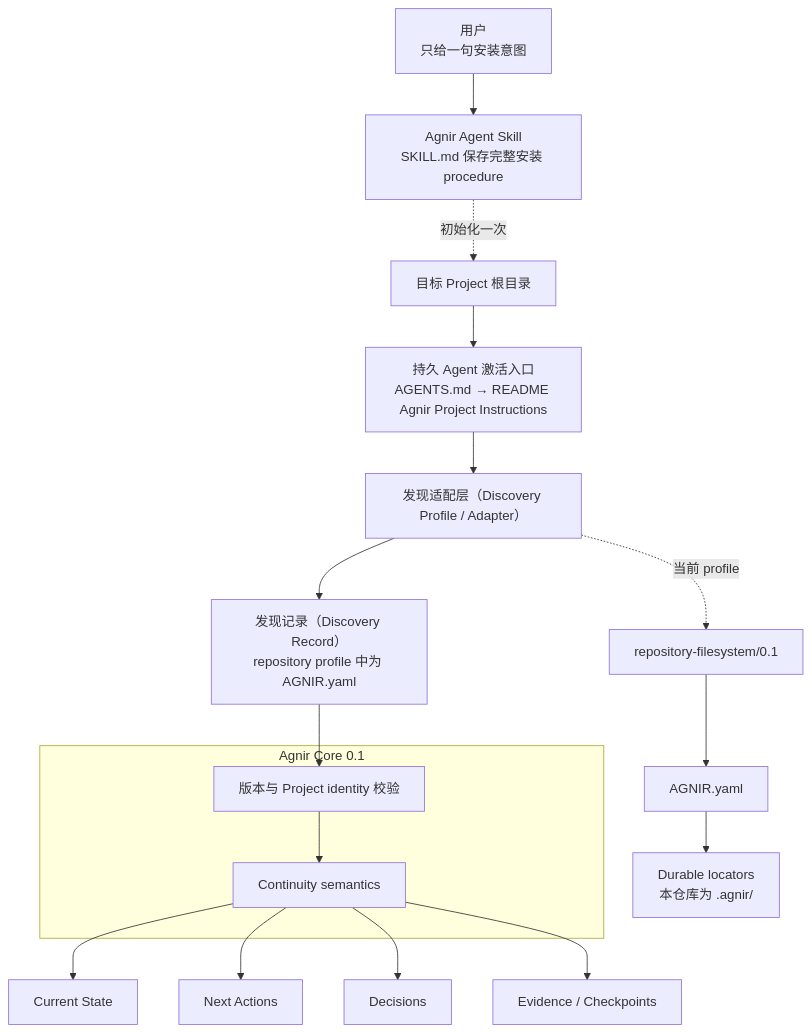
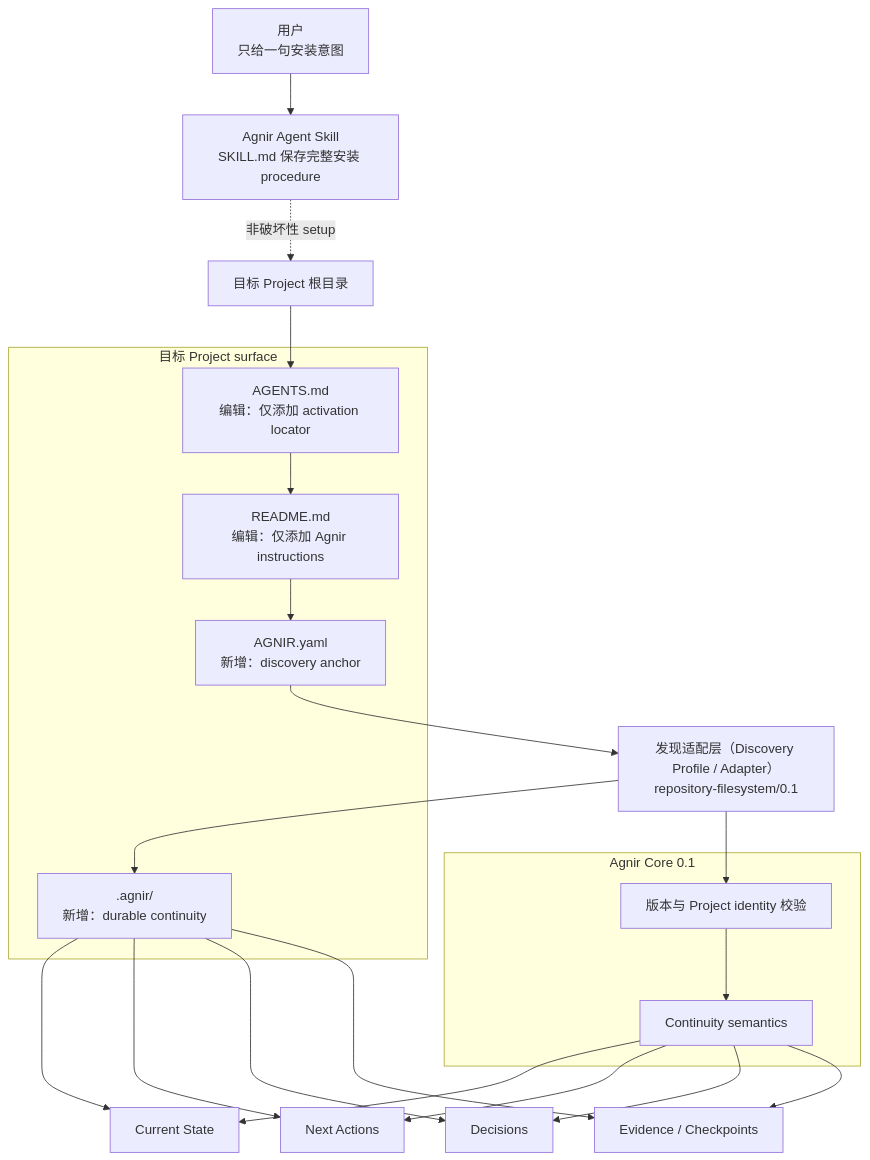
One commit to iorLab/agnir changed the first of 2 diagrams in README.zh-CN.md. Above: the diagram before and after it, drawn with Mermaid. The commit also changed other lines of this file and 3 other files, not shown here.

Commit message:
docs: align architecture diagram with non-destructive setup

````diff
--- a/README.zh-CN.md
+++ b/README.zh-CN.md
@@ -83,25 +83,33 @@
 ```mermaid
 flowchart TB
     U["用户<br/>只给一句安装意图"] --> K["Agnir Agent Skill<br/>SKILL.md 保存完整安装 procedure"]
-    K -. "初始化一次" .-> P["目标 Project 根目录"]
+    K -. "非破坏性 setup" .-> P["目标 Project 根目录"]
 
-    P --> G["持久 Agent 激活入口<br/>AGENTS.md → README Agnir Project Instructions"]
-    G --> D["发现适配层（Discovery Profile / Adapter）"]
-    D --> R["发现记录（Discovery Record）<br/>repository profile 中为 AGNIR.yaml"]
+    subgraph T["目标 Project surface"]
+        G["AGENTS.md<br/>编辑：仅添加 activation locator"]
+        H["README.md<br/>编辑：仅添加 Agnir instructions"]
+        A["AGNIR.yaml<br/>新增：discovery anchor"]
+        F[".agnir/<br/>新增：durable continuity"]
+        G --> H --> A
+    end
+
+    P --> G
+    A --> D["发现适配层（Discovery Profile / Adapter）<br/>repository-filesystem/0.1"]
+    D --> V
+    D --> F
 
     subgraph C[Agnir Core 0.1]
         V["版本与 Project identity 校验"]
         M["Continuity semantics"]
         V --> M
     end
 
-    R --> V
     M --> S["Current State"]
     M --> N["Next Actions"]
     M --> J["Decisions"]
     M --> E["Evidence / Checkpoints"]
-
-    D -. "当前 profile" .-> Y["repository-filesystem/0.1"]
-    Y --> A["AGNIR.yaml"]
-    A --> F["Durable locators<br/>本仓库为 .agnir/"]
+    F --> S
+    F --> N
+    F --> J
+    F --> E
 ```
````
